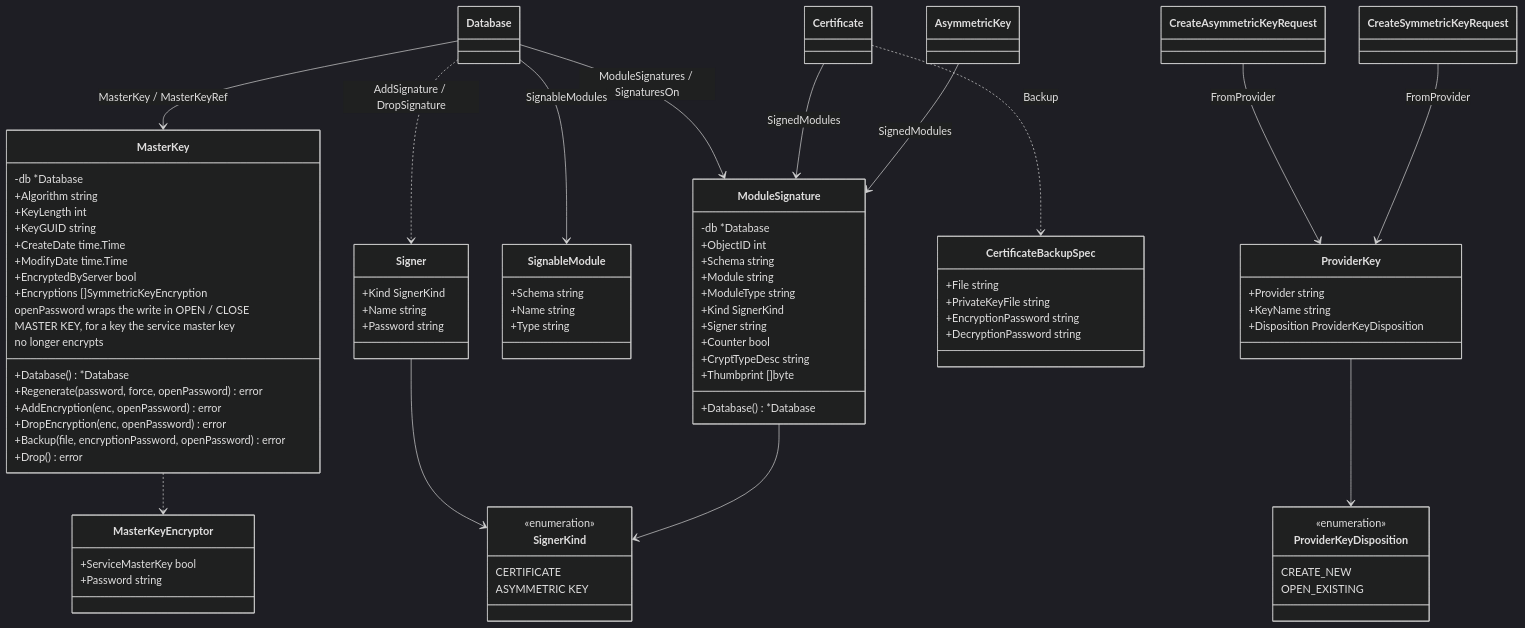
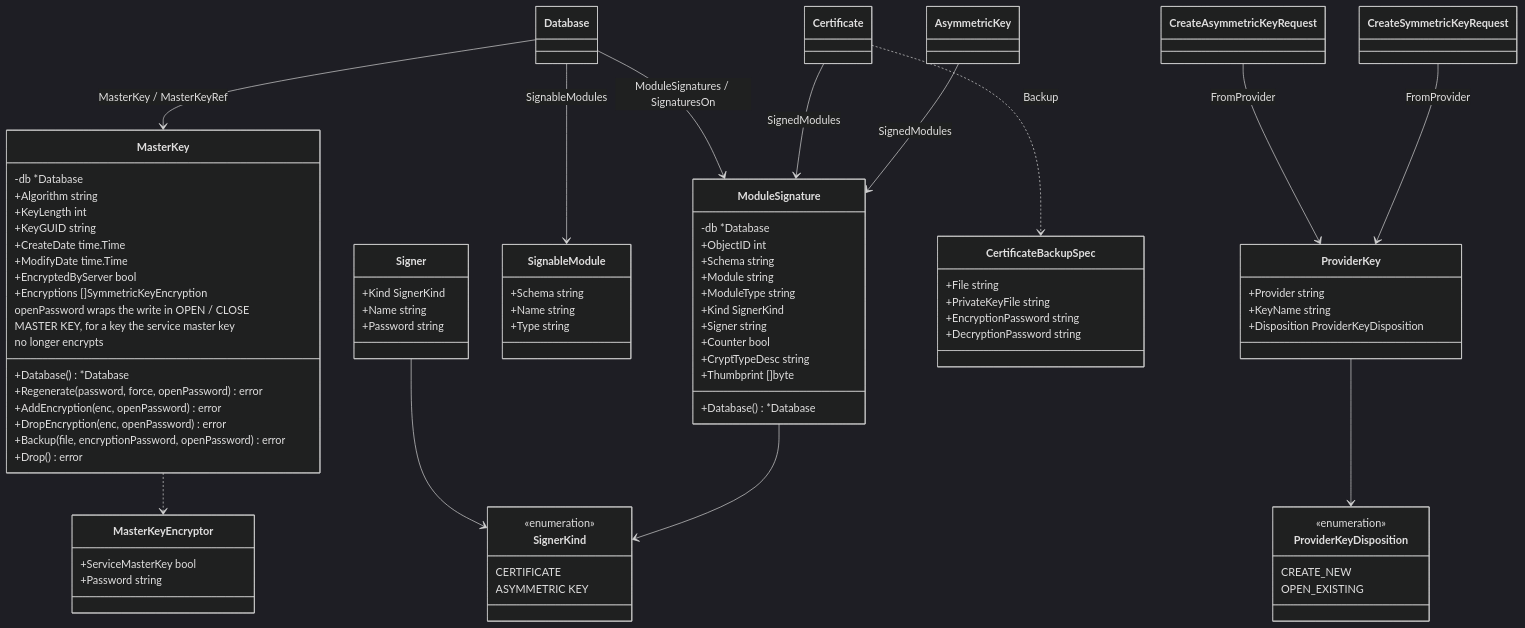
The diagram in diagram/21-master-key-and-signatures.mmd (radix29/gosmo), drawn with Mermaid (dark theme) before and after one commit. The commit also changed 141 other files, not shown here.

```diff
--- a/diagram/21-master-key-and-signatures.mmd
+++ b/diagram/21-master-key-and-signatures.mmd
@@ -1,96 +1,95 @@
 classDiagram
 
     %% =========================================================
     %% The database master key, module signatures, certificate
     %% backup and the EKM (FROM PROVIDER) half of a key spec
     %% =========================================================
 
     class MasterKey {
         -db *Database
         +Algorithm string
         +KeyLength int
         +KeyGUID string
         +CreateDate time.Time
         +ModifyDate time.Time
         +EncryptedByServer bool
         +Encryptions []SymmetricKeyEncryption
         +Database() *Database
         +Regenerate(password, force, openPassword) error
         +AddEncryption(enc, openPassword) error
         +DropEncryption(enc, openPassword) error
         +Backup(file, encryptionPassword, openPassword) error
         +Drop() error
         openPassword wraps the write in OPEN / CLOSE
         MASTER KEY, for a key the service master key
         no longer encrypts
     }
 
     class MasterKeyEncryptor {
         +ServiceMasterKey bool
         +Password string
     }
 
     class ModuleSignature {
         -db *Database
         +ObjectID int
         +Schema string
         +Module string
         +ModuleType string
         +Kind SignerKind
         +Signer string
         +Counter bool
         +CryptTypeDesc string
         +Thumbprint []byte
         +Database() *Database
     }
 
     class SignableModule {
         +Schema string
         +Name string
         +Type string
     }
 
     class Signer {
         +Kind SignerKind
         +Name string
         +Password string
     }
 
     class SignerKind {
         <<enumeration>>
         CERTIFICATE
         ASYMMETRIC KEY
     }
 
     class CertificateBackupSpec {
         +File string
         +PrivateKeyFile string
         +EncryptionPassword string
         +DecryptionPassword string
     }
 
     class ProviderKey {
         +Provider string
         +KeyName string
         +Disposition ProviderKeyDisposition
     }
 
     class ProviderKeyDisposition {
         <<enumeration>>
         CREATE_NEW
         OPEN_EXISTING
     }
 
     Database --> MasterKey : MasterKey / MasterKeyRef
     Database --> ModuleSignature : ModuleSignatures / SignaturesOn
-    Database ..> Signer : AddSignature / DropSignature
     Database --> SignableModule : SignableModules
     Certificate --> ModuleSignature : SignedModules
     AsymmetricKey --> ModuleSignature : SignedModules
     Certificate ..> CertificateBackupSpec : Backup
     MasterKey ..> MasterKeyEncryptor
     Signer --> SignerKind
     ModuleSignature --> SignerKind
     CreateAsymmetricKeyRequest --> ProviderKey : FromProvider
     CreateSymmetricKeyRequest --> ProviderKey : FromProvider
     ProviderKey --> ProviderKeyDisposition
```
